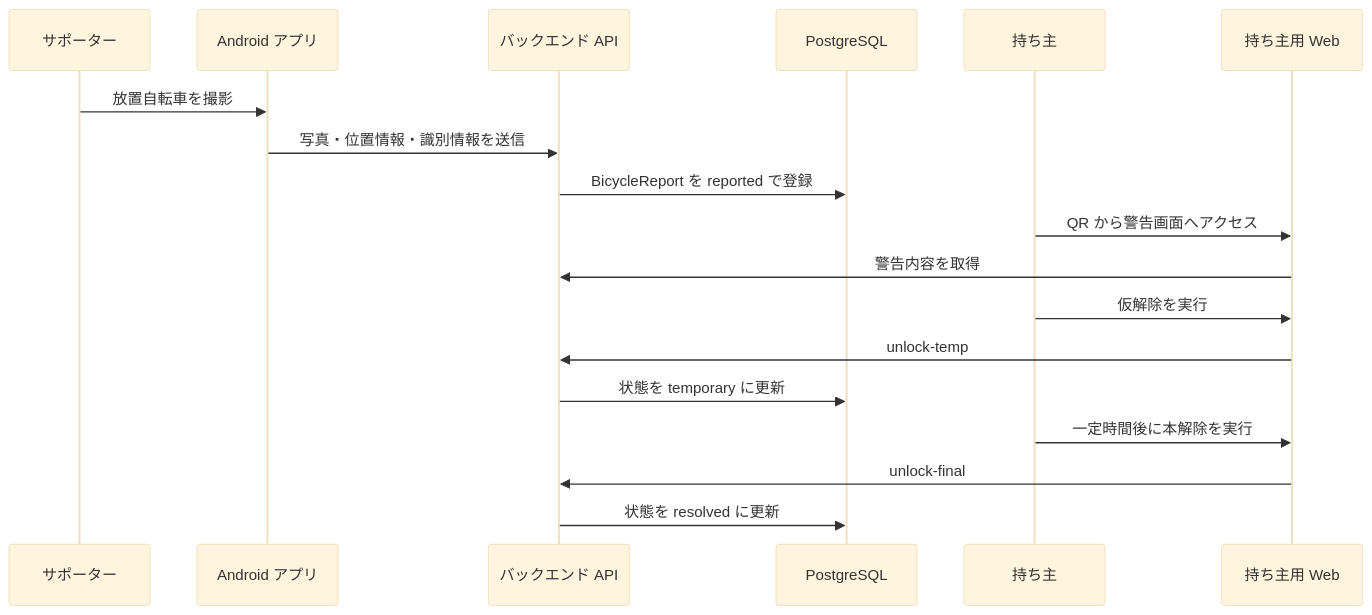
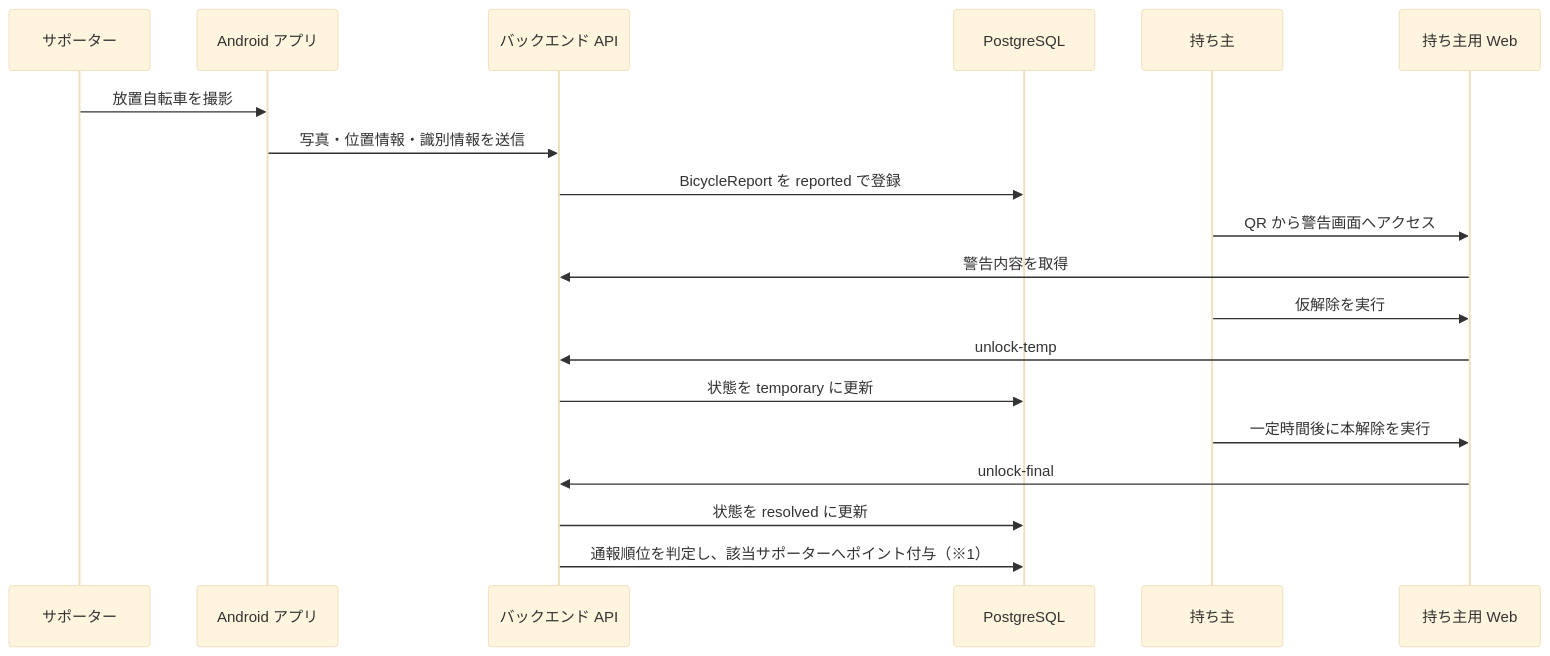
Before and after one commit to fjmrytfjsn/NO-Houchi-Bicycle-Net: the fourth of 6 diagrams in docs/design/basic-design.md, drawn with Mermaid (base theme). The commit also changed other lines of this file and 7 other files, not shown here.

````diff
--- a/docs/design/basic-design.md
+++ b/docs/design/basic-design.md
@@ -229,21 +229,22 @@
 ```mermaid
 sequenceDiagram
   participant S as サポーター
   participant A as Android アプリ
   participant API as バックエンド API
   participant DB as PostgreSQL
   participant O as 持ち主
   participant W as 持ち主用 Web
 
   S->>A: 放置自転車を撮影
   A->>API: 写真・位置情報・識別情報を送信
   API->>DB: BicycleReport を reported で登録
   O->>W: QR から警告画面へアクセス
   W->>API: 警告内容を取得
   O->>W: 仮解除を実行
   W->>API: unlock-temp
   API->>DB: 状態を temporary に更新
   O->>W: 一定時間後に本解除を実行
   W->>API: unlock-final
   API->>DB: 状態を resolved に更新
+  API->>DB: 通報順位を判定し、該当サポーターへポイント付与（※1）
 ```
````
